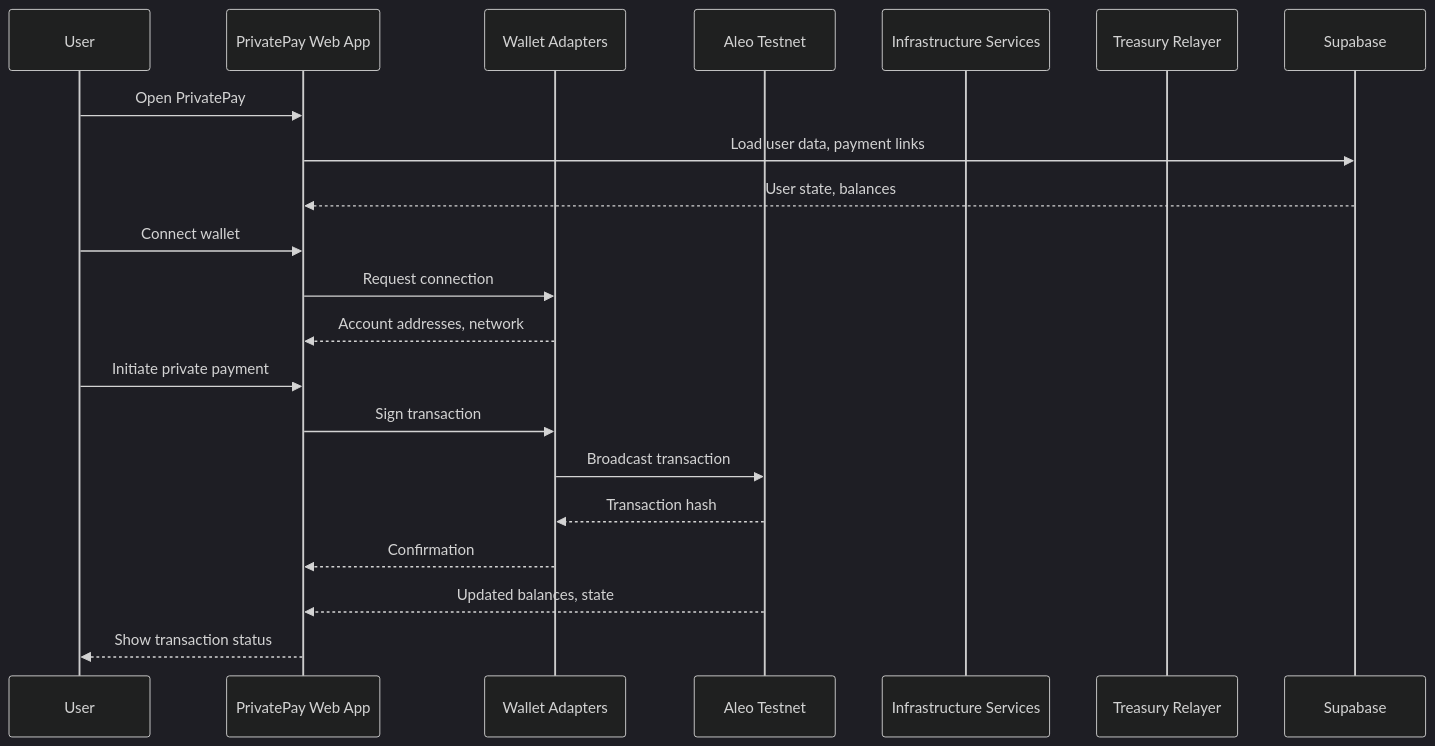
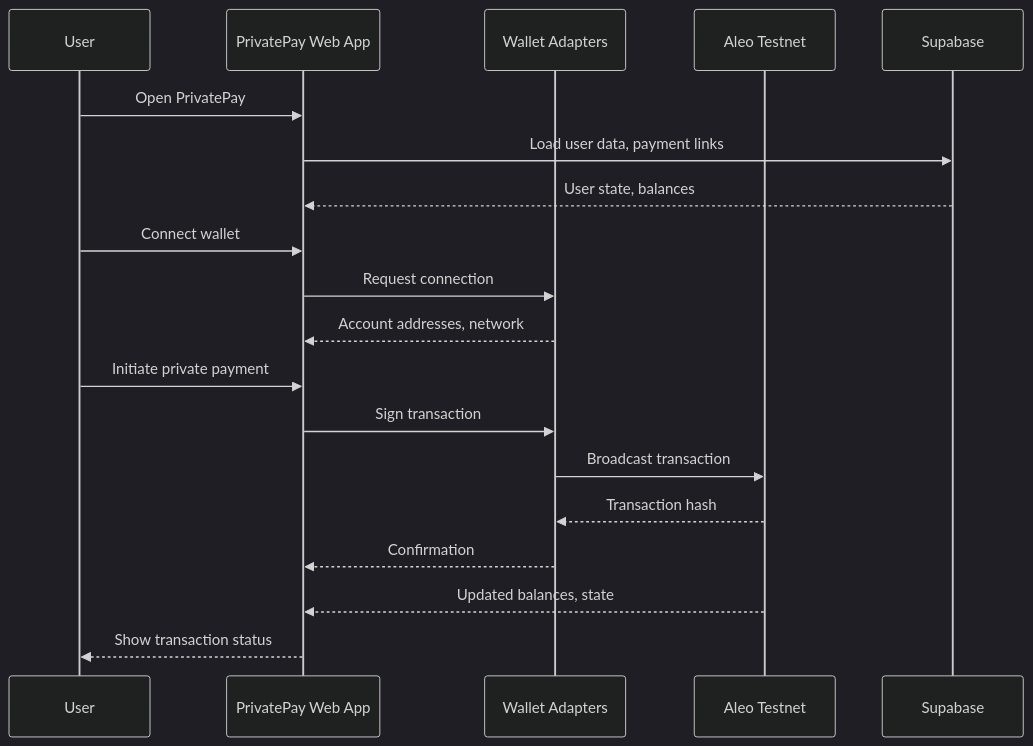
The fifth of 6 diagrams in README.md (AmaanSayyad/PrivatePay-Aleo), drawn with Mermaid (dark theme) before and after one commit. The commit also changed other lines of this file, not shown here.

````diff
--- a/README.md
+++ b/README.md
@@ -301,26 +285,24 @@
 ```mermaid
 sequenceDiagram
   participant User
   participant UI as PrivatePay Web App
   participant Wallet as Wallet Adapters
   participant Chain as Aleo Testnet
-  participant Infra as Infrastructure Services
-  participant Relayer as Treasury Relayer
 
   User->>UI: Open PrivatePay
   UI->>Supabase: Load user data, payment links
   Supabase-->>UI: User state, balances
 
   User->>UI: Connect wallet
   UI->>Wallet: Request connection
   Wallet-->>UI: Account addresses, network
 
   User->>UI: Initiate private payment
   UI->>Wallet: Sign transaction
   Wallet->>Chain: Broadcast transaction
   Chain-->>Wallet: Transaction hash
   Wallet-->>UI: Confirmation
 
   Chain-->>UI: Updated balances, state
   UI-->>User: Show transaction status
 ```
````
